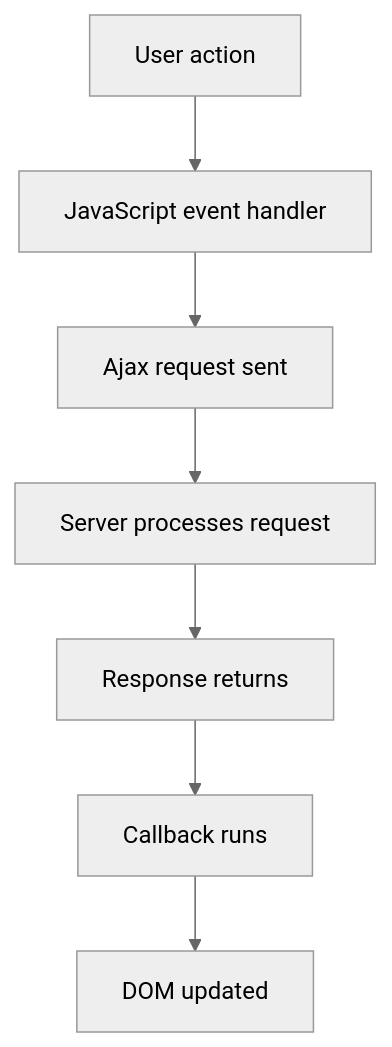
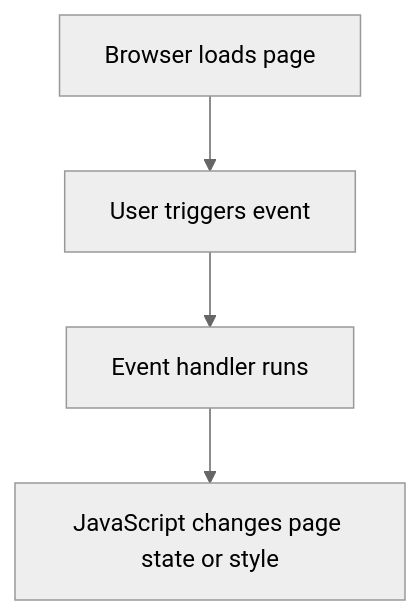
The diagram in src/College/yearTwo/secondTerm/WebDev2/Lectures/Lecture-6.md (AhmedOsman101/Obsidian), drawn with Mermaid (neutral theme) before and after one commit. The commit also changed other lines of this file and 22 other files, not shown here.

````diff
--- a/src/College/yearTwo/secondTerm/WebDev2/Lectures/Lecture-6.md
+++ b/src/College/yearTwo/secondTerm/WebDev2/Lectures/Lecture-6.md
@@ -48,9 +54,6 @@
 ```mermaid
 flowchart TD
-  A[User action] --> B[JavaScript event handler]
-  B --> C[Ajax request sent]
-  C --> D[Server processes request]
-  D --> E[Response returns]
-  E --> F[Callback runs]
-  F --> G[DOM updated]
+  A[Browser loads page] --> B[User triggers event]
+  B --> C[Event handler runs]
+  C --> D[JavaScript changes page state or style]
 ```
````
